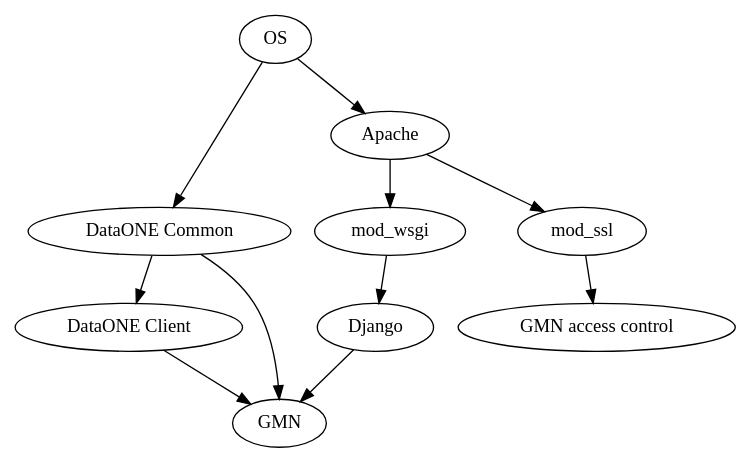
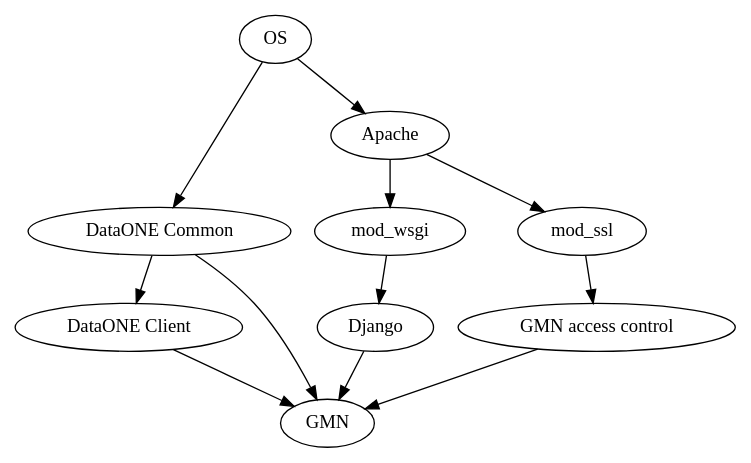
Before and after one commit to DataONEorg/d1_python: the diagram in d1_mn_generic/doc/source/overview.rst, drawn with Graphviz. The commit also changed 29 other files, not shown here.

```diff
--- a/d1_mn_generic/doc/source/overview.rst
+++ b/d1_mn_generic/doc/source/overview.rst
@@ -7,9 +7,9 @@
 .. graphviz::
 
   digraph G {
     dpi=72;
     OS -> "DataONE Common" -> "DataONE Client" -> GMN;
     "DataONE Common" -> GMN;
     OS -> Apache -> mod_wsgi -> Django -> GMN;
-    Apache -> mod_ssl -> "GMN access control";
+    Apache -> mod_ssl -> "GMN access control" -> GMN;
   }
```
